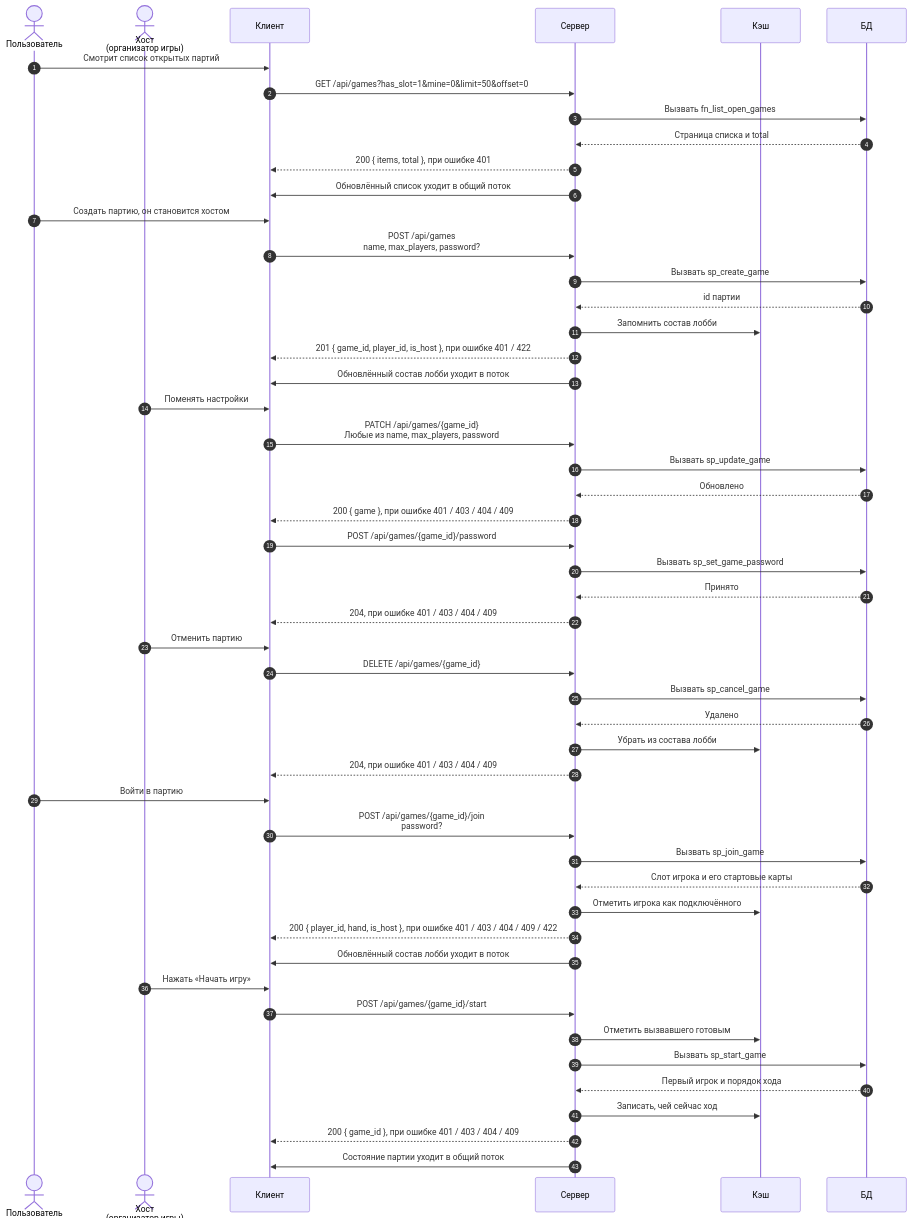
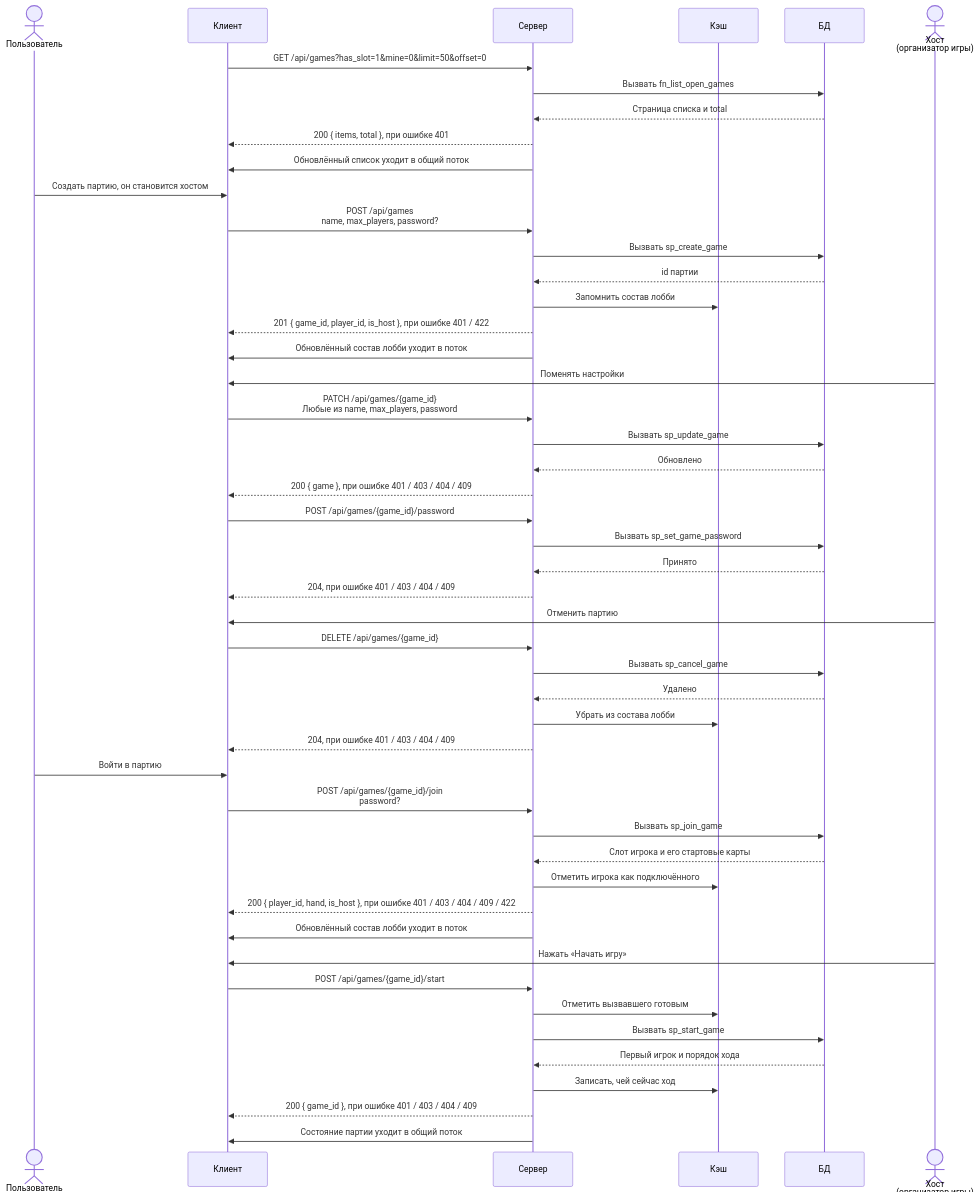
The diagram in diagrams/lobby.mmd (docup1/edin-game), drawn with Mermaid before and after one commit. The commit also changed 4 other files, not shown here.

```diff
--- a/diagrams/lobby.mmd
+++ b/diagrams/lobby.mmd
@@ -1,90 +1,88 @@
 %% Всё до игры: список, создание, настройки, отмена, вход, старт.
 %% Действуют двое: обычный пользователь и хост, то есть организатор партии.
 %% Партия ещё не началась, поэтому состав лобби в кэше, факты в базе.
 %% Диаграмма делится по смыслу, а не по наличию {game_id}: пароль ставит
 %% админ, но до игры, поэтому разбирается здесь.
 sequenceDiagram
-    autonumber
     actor U as Пользователь
-    actor H as Хост<br/>(организатор игры)
     participant C as Клиент
     participant S as Сервер
     participant K as Кэш
     participant D as БД
+    actor H as Хост<br/>(организатор игры)
 
-    U->>C: Смотрит список открытых партий
     C->>S: GET /api/games?has_slot=1&mine=0&limit=50&offset=0
     S->>D: Вызвать fn_list_open_games
     D-->>S: Страница списка и total
     S-->>C: 200 { items, total }, при ошибке 401
     S->>C: Обновлённый список уходит в общий поток
 
     U->>C: Создать партию, он становится хостом
     C->>S: POST /api/games<br/>name, max_players, password?
     S->>D: Вызвать sp_create_game
     D-->>S: id партии
     S->>K: Запомнить состав лобби
     S-->>C: 201 { game_id, player_id, is_host }, при ошибке 401 / 422
     S->>C: Обновлённый состав лобби уходит в поток
 
     H->>C: Поменять настройки
     C->>S: PATCH /api/games/{game_id}<br/>Любые из name, max_players, password
     S->>D: Вызвать sp_update_game
     D-->>S: Обновлено
     S-->>C: 200 { game }, при ошибке 401 / 403 / 404 / 409
 
     C->>S: POST /api/games/{game_id}/password
     S->>D: Вызвать sp_set_game_password
     D-->>S: Принято
     S-->>C: 204, при ошибке 401 / 403 / 404 / 409
 
     H->>C: Отменить партию
     C->>S: DELETE /api/games/{game_id}
     S->>D: Вызвать sp_cancel_game
     D-->>S: Удалено
     S->>K: Убрать из состава лобби
     S-->>C: 204, при ошибке 401 / 403 / 404 / 409
 
     U->>C: Войти в партию
     C->>S: POST /api/games/{game_id}/join<br/>password?
     S->>D: Вызвать sp_join_game
     D-->>S: Слот игрока и его стартовые карты
     S->>K: Отметить игрока как подключённого
     S-->>C: 200 { player_id, hand, is_host }, при ошибке 401 / 403 / 404 / 409 / 422
     S->>C: Обновлённый состав лобби уходит в поток
 
     H->>C: Нажать «Начать игру»
     C->>S: POST /api/games/{game_id}/start
     S->>K: Отметить вызвавшего готовым
     S->>D: Вызвать sp_start_game
     D-->>S: Первый игрок и порядок хода
     S->>K: Записать, чей сейчас ход
     S-->>C: 200 { game_id }, при ошибке 401 / 403 / 404 / 409
     S->>C: Состояние партии уходит в общий поток
 
     %% Список требует сессии, поэтому гостя без входа здесь нет: без cookie
     %% приходит 401. В списке есть, сколько мест занято, но нет имён игроков -
     %% имена иначе утекли бы всем подряд.
     %% has_slot - только партии со свободными местами, по умолчанию включён:
     %% иначе пользователь кликнет в партию без мест и получит отказ. mine -
     %% только свои партии. limit - до 200, offset - страницы. Список приходит и
     %% в общий поток, поэтому опрашивать его вручную не нужно.
     %% max_players вне диапазона 2..6 или пустое имя - 422.
     %% Приглашение - обычная ссылка /game/{id}, отдельная сущность в базе не нужна.
     %% Настройки меняет только хост и только до старта. max_players нельзя сделать
     %% меньше занятых мест, password можно обнулить через null.
     %% Пароль без актора: это действие админа, а не хоста и не игрока, поэтому
     %% отдельного участника ради него заводить не стали. sp_set_game_password
     %% требует роль admin и работает только до старта. Пароль, поставленный
     %% админом, хост снять не может: снимается он только тем же эндпоинтом.
     %% Отмена - настоящее удаление, а не флаг cancelled: иначе про него пришлось бы
     %% вечно помнить.
     %% join проверяет пароль, свободное место и что партия не началась. Но если
     %% за игроком уже есть место - пускает обратно даже после старта, выдавая
     %% пустую руку. Раньше leave место сохранял, а join отказывал, и вышедший
     %% оставался заперт снаружи.
     %% Отказ от входа - это не leave: до старта место просто освобождается.
     %% start отмечает готовым и запускает: готовность - это факт, а не действие,
     %% и живёт в кэше. 409 если готовы не все, причём готовность не сбрасывается.
     %% Состав лобби и текущий ход живут в кэше, в базе только факты: игроки,
     %% карты, ходы.
```
